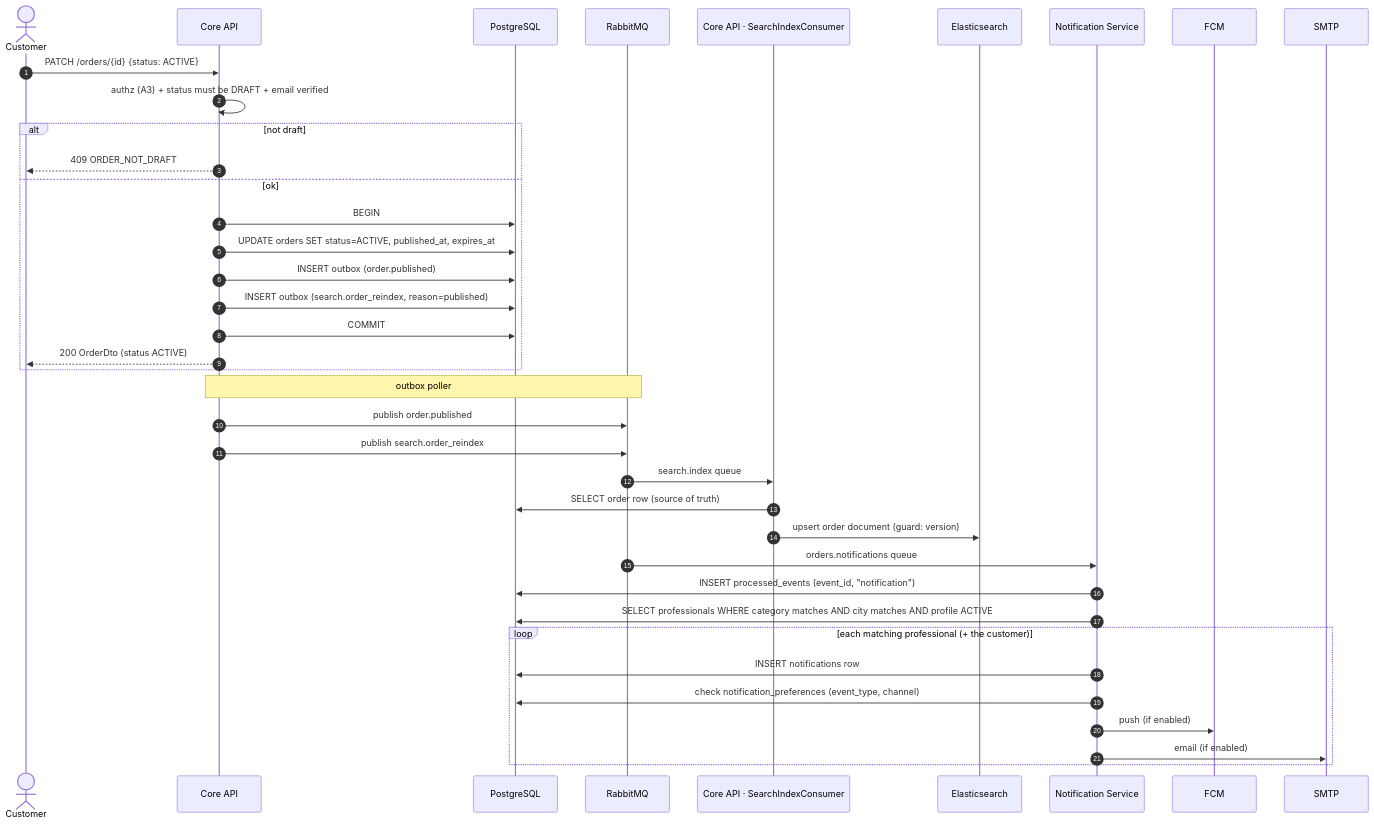
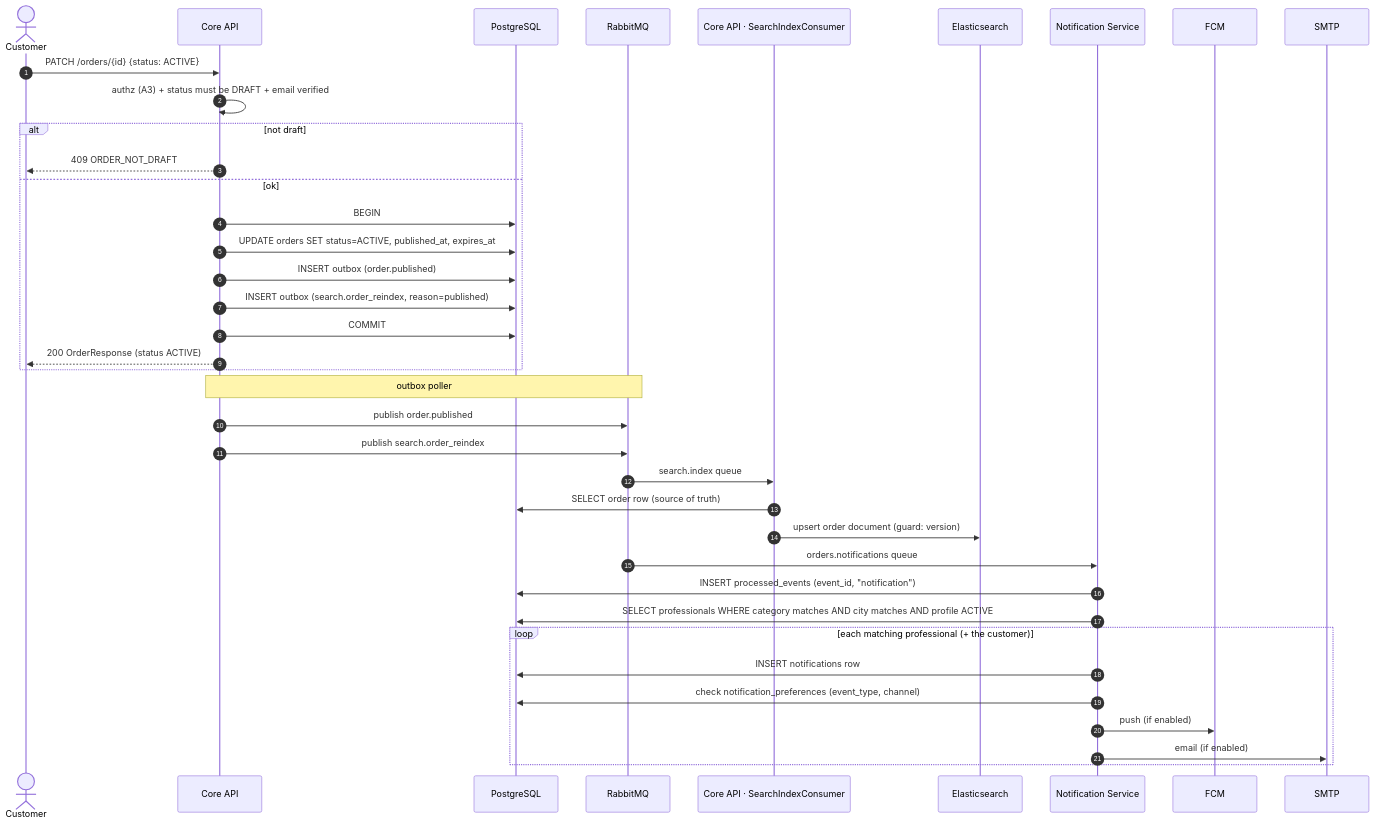
Before and after one commit to Iarylkin/proFinder_backend: the seventh of 14 diagrams in docs/10 - Sequence Diagrams.md, drawn with Mermaid. The commit also changed other lines of this file and 10 other files, not shown here.

````diff
--- a/docs/10 - Sequence Diagrams.md
+++ b/docs/10 - Sequence Diagrams.md
@@ -285,44 +285,44 @@
 ```mermaid
 sequenceDiagram
     autonumber
     actor C as Customer
     participant Core as Core API
     participant PG as PostgreSQL
     participant MQ as RabbitMQ
     participant Idx as Core API · SearchIndexConsumer
     participant ES as Elasticsearch
     participant Notif as Notification Service
     participant FCM
     participant SMTP
 
     C->>Core: PATCH /orders/{id} {status: ACTIVE}
     Core->>Core: authz (A3) + status must be DRAFT + email verified
     alt not draft
         Core-->>C: 409 ORDER_NOT_DRAFT
     else ok
         Core->>PG: BEGIN
         Core->>PG: UPDATE orders SET status=ACTIVE, published_at, expires_at
         Core->>PG: INSERT outbox (order.published)
         Core->>PG: INSERT outbox (search.order_reindex, reason=published)
         Core->>PG: COMMIT
-        Core-->>C: 200 OrderDto (status ACTIVE)
+        Core-->>C: 200 OrderResponse (status ACTIVE)
     end
 
     Note over Core,MQ: outbox poller
     Core->>MQ: publish order.published
     Core->>MQ: publish search.order_reindex
 
     MQ->>Idx: search.index queue
     Idx->>PG: SELECT order row (source of truth)
     Idx->>ES: upsert order document (guard: version)
 
     MQ->>Notif: orders.notifications queue
     Notif->>PG: INSERT processed_events (event_id, "notification")
     Notif->>PG: SELECT professionals WHERE category matches AND city matches AND profile ACTIVE
     loop each matching professional (+ the customer)
         Notif->>PG: INSERT notifications row
         Notif->>PG: check notification_preferences (event_type, channel)
         Notif->>FCM: push (if enabled)
         Notif->>SMTP: email (if enabled)
     end
 ```
````
